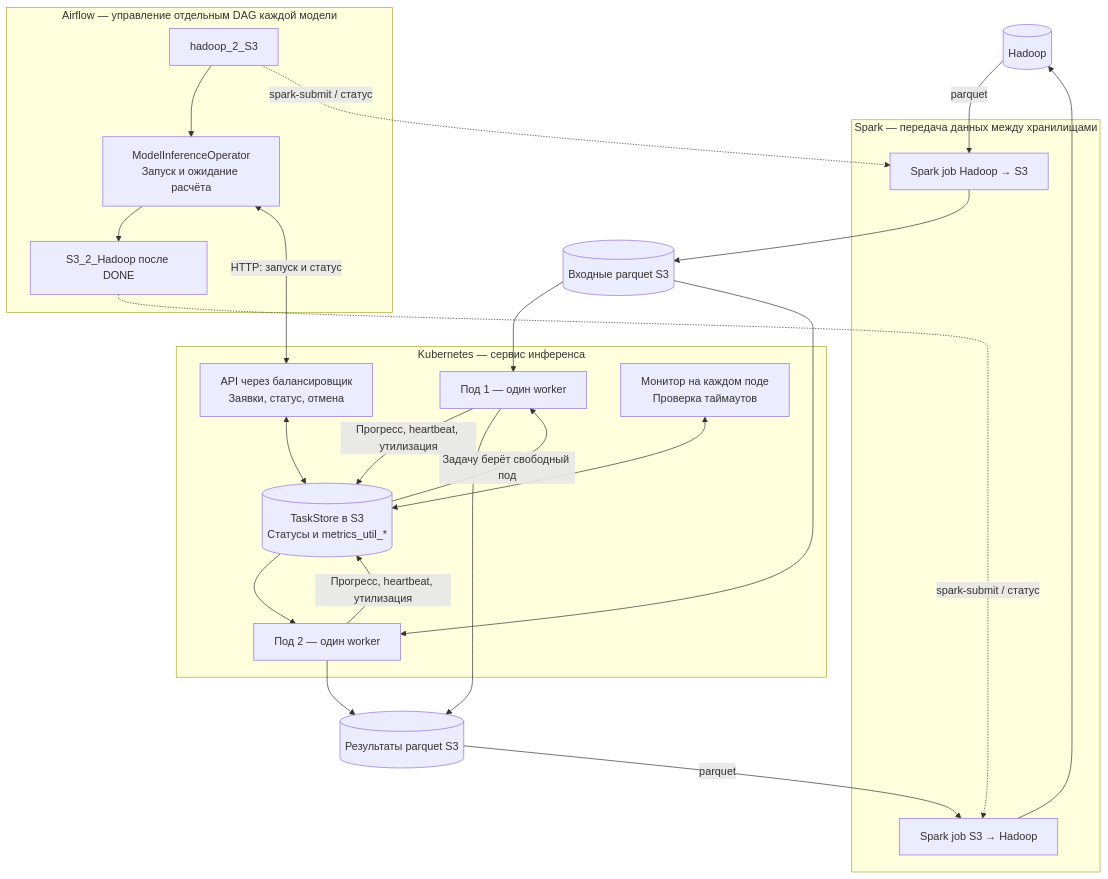
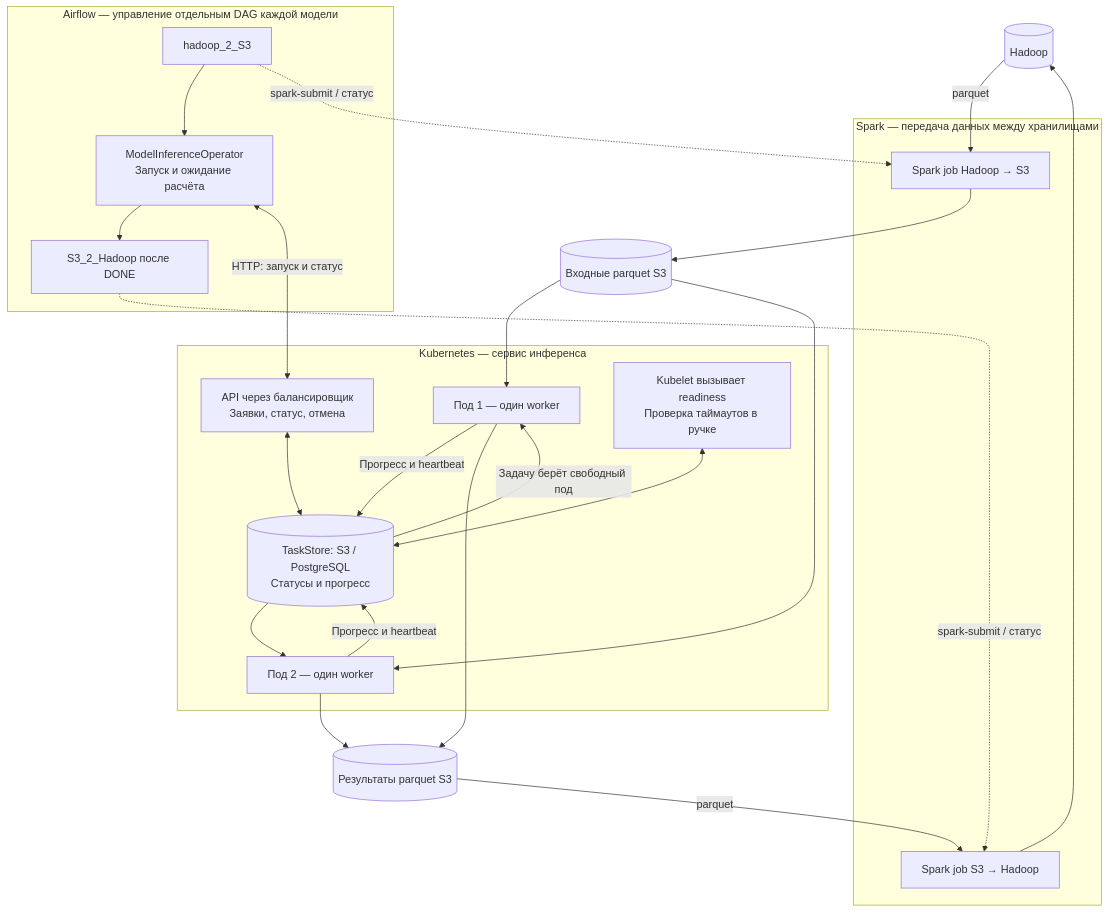
Before and after one commit to blm47/fmcd_models_inference_service: the first of 4 diagrams in docs/inference-architecture.md, drawn with Mermaid. The commit also changed other lines of this file and 51 other files, not shown here.

````diff
--- a/docs/inference-architecture.md
+++ b/docs/inference-architecture.md
@@ -17,35 +17,35 @@
 ```mermaid
 flowchart TB
     H[("Hadoop")]
     IN[("Входные parquet S3")]
     OUT[("Результаты parquet S3")]
     subgraph AF["Airflow — управление отдельным DAG каждой модели"]
         E["hadoop_2_S3"]
         OP["ModelInferenceOperator<br/>Запуск и ожидание расчёта"]
         R["S3_2_Hadoop после DONE"]
         E --> OP --> R
     end
     subgraph SP["Spark — передача данных между хранилищами"]
         JOBIN["Spark job Hadoop → S3"]
         JOBOUT["Spark job S3 → Hadoop"]
     end
     E -.->|"spark-submit / статус"| JOBIN
     R -.->|"spark-submit / статус"| JOBOUT
     H -->|"parquet"| JOBIN --> IN
     OUT -->|"parquet"| JOBOUT --> H
     subgraph K["Kubernetes — сервис инференса"]
         API["API через балансировщик<br/>Заявки, статус, отмена"]
-        Q[("TaskStore в S3<br/>Статусы и metrics_util_*")]
+        Q[("TaskStore: S3 / PostgreSQL<br/>Статусы и прогресс")]
         P1["Под 1 — один worker"]
         P2["Под 2 — один worker"]
-        M["Монитор на каждом поде<br/>Проверка таймаутов"]
+        M["Kubelet вызывает readiness<br/>Проверка таймаутов в ручке"]
         API <--> Q
         Q -->|"Задачу берёт свободный под"| P1
         Q --> P2
-        P1 & P2 -->|"Прогресс, heartbeat, утилизация"| Q
+        P1 & P2 -->|"Прогресс и heartbeat"| Q
         M <--> Q
     end
     OP <-->|"HTTP: запуск и статус"| API
     IN --> P1 & P2
     P1 & P2 --> OUT
 ```
````
